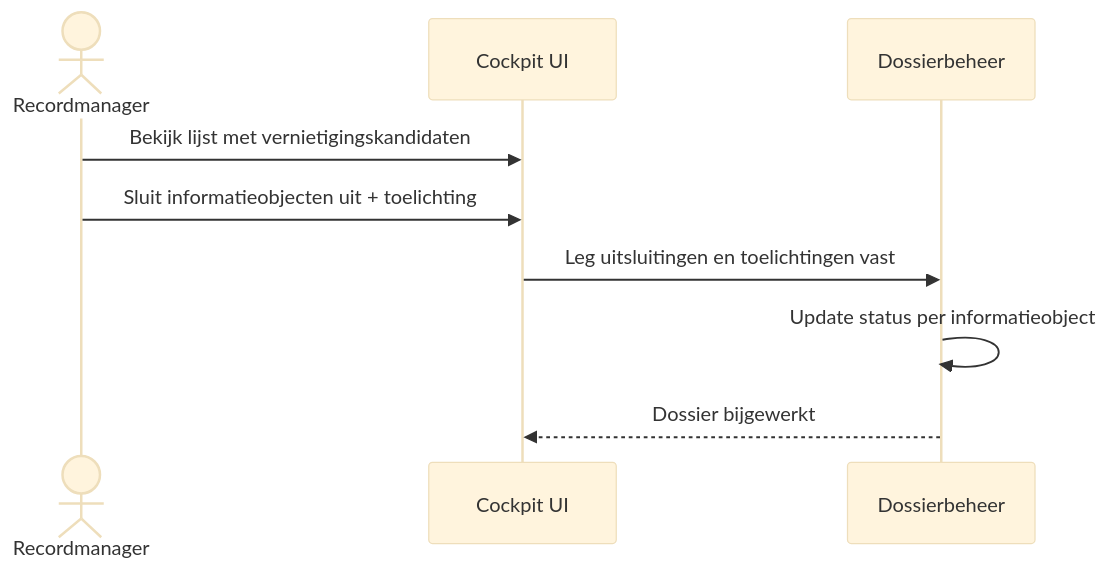
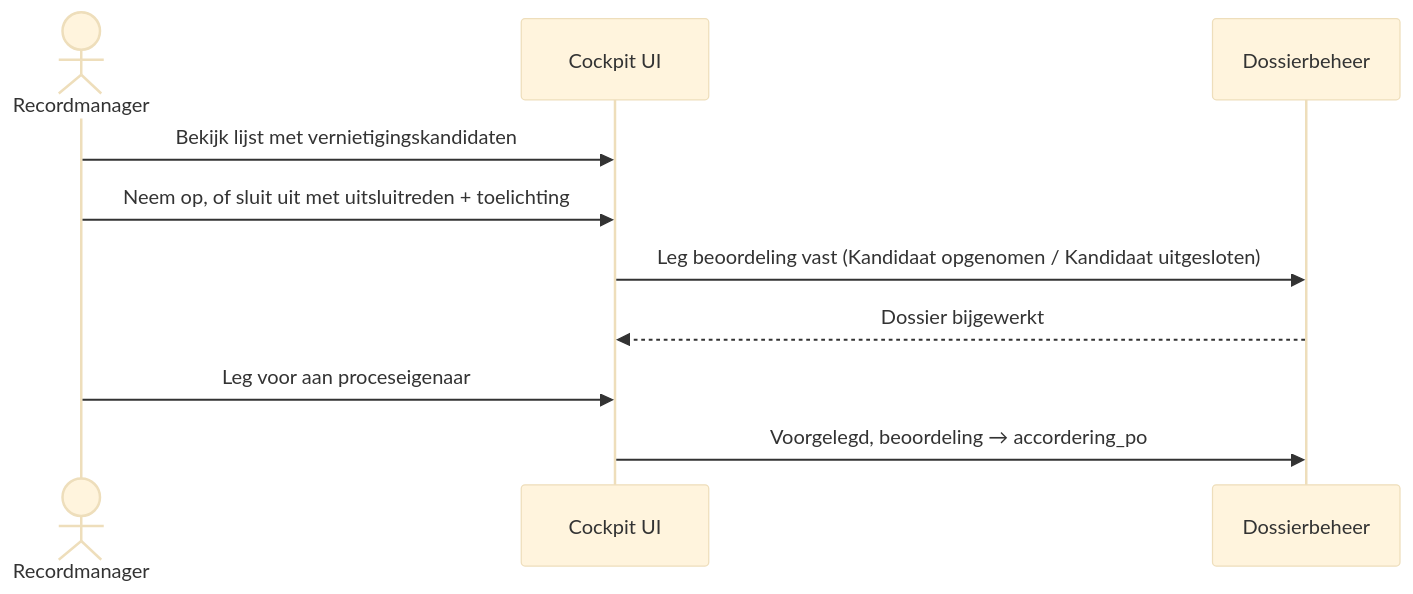
The third of 12 diagrams in architectuur/sequence-diagrammen.md (GemeenteArnhem/Vernietigingscockpit), drawn with Mermaid (base theme) before and after one commit. The commit also changed other lines of this file and 39 other files, not shown here.

````diff
--- a/architectuur/sequence-diagrammen.md
+++ b/architectuur/sequence-diagrammen.md
@@ -81,12 +79,13 @@
 ```mermaid
 sequenceDiagram
     actor RM as Recordmanager
     participant UI as Cockpit UI
     participant D as Dossierbeheer
 
     RM ->> UI: Bekijk lijst met vernietigingskandidaten
-    RM ->> UI: Sluit informatieobjecten uit + toelichting
-    UI ->> D: Leg uitsluitingen en toelichtingen vast
-    D ->> D: Update status per informatieobject
+    RM ->> UI: Neem op, of sluit uit met uitsluitreden + toelichting
+    UI ->> D: Leg beoordeling vast (Kandidaat opgenomen / Kandidaat uitgesloten)
     D -->> UI: Dossier bijgewerkt
+    RM ->> UI: Leg voor aan proceseigenaar
+    UI ->> D: Voorgelegd, beoordeling → accordering_po
 ```
````
